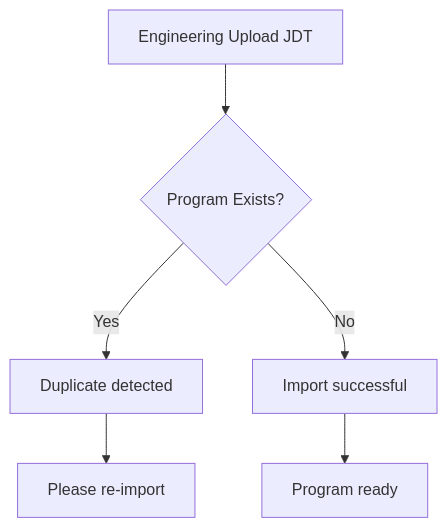
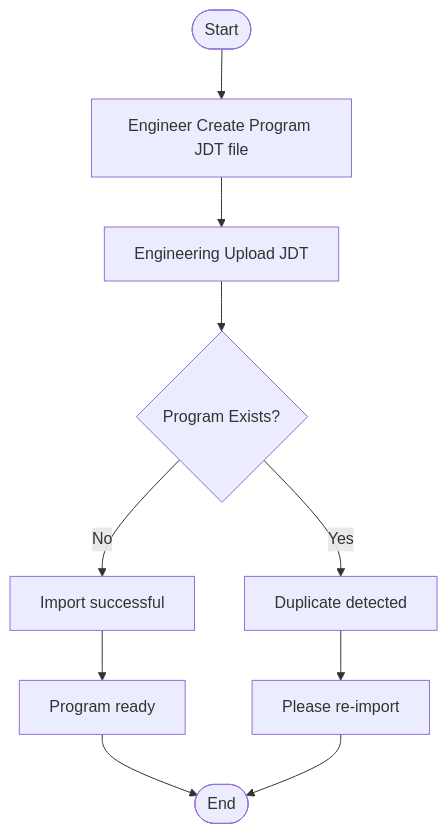
One commit to Sanjel-Energy-Services/eService_WorkItems changed the diagram in Documents/01 - Cementing Service Invitation/05 - Prepare Job Design/process.md. Above: the diagram before and after it, drawn with Mermaid. The commit also changed other lines of this file and 4 other files, not shown here.

````diff
--- a/Documents/01 - Cementing Service Invitation/05 - Prepare Job Design/process.md
+++ b/Documents/01 - Cementing Service Invitation/05 - Prepare Job Design/process.md
@@ -1,8 +4,13 @@
 ```mermaid
 flowchart TD
-    A[Engineering Upload JDT] --> B{Program Exists?}
+    S([Start]) -->A1[Engineer Create Program JDT file]
+    A1-->A[Engineering Upload JDT]
+    A--> B{Program Exists?}
     B -- Yes --> C[Duplicate detected]
     C --> D[Please re-import]
     B -- No --> E[Import successful]
     E --> F[Program ready]
+    F --> O([End])
+    D --> O
+    
 ```
````
